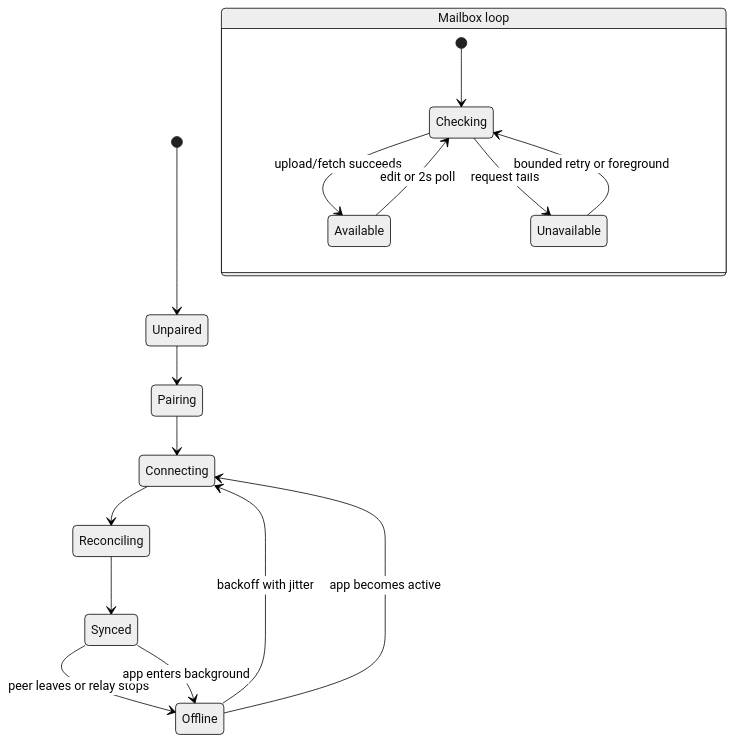
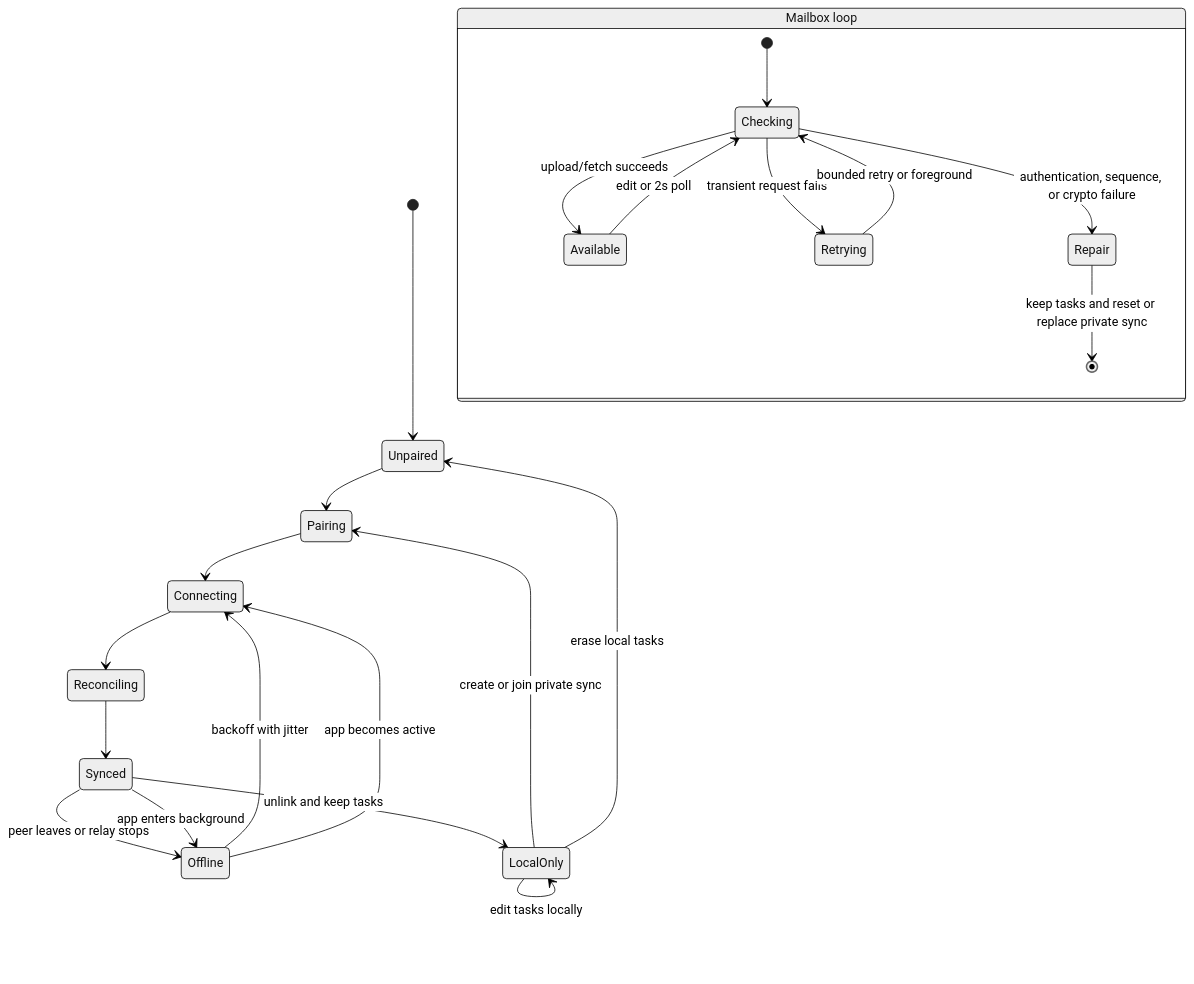
The fifth of 5 diagrams in docs/ARCHITECTURE.md (exddc/GotSync), drawn with Mermaid (neutral theme) before and after one commit. The commit also changed other lines of this file and 52 other files, not shown here.

````diff
--- a/docs/ARCHITECTURE.md
+++ b/docs/ARCHITECTURE.md
@@ -170,19 +246,25 @@
 ```mermaid
 stateDiagram-v2
     [*] --> Unpaired
     Unpaired --> Pairing
     Pairing --> Connecting
     Connecting --> Reconciling
     Reconciling --> Synced
     Synced --> Offline: peer leaves or relay stops
     Offline --> Connecting: backoff with jitter
     Synced --> Offline: app enters background
     Offline --> Connecting: app becomes active
+    Synced --> LocalOnly: unlink and keep tasks
+    LocalOnly --> LocalOnly: edit tasks locally
+    LocalOnly --> Pairing: create or join private sync
+    LocalOnly --> Unpaired: erase local tasks
     state "Mailbox loop" as Mailbox {
         [*] --> Checking
         Checking --> Available: upload/fetch succeeds
         Available --> Checking: edit or 2s poll
-        Checking --> Unavailable: request fails
-        Unavailable --> Checking: bounded retry or foreground
+        Checking --> Retrying: transient request fails
+        Retrying --> Checking: bounded retry or foreground
+        Checking --> Repair: authentication, sequence, or crypto failure
+        Repair --> [*]: keep tasks and reset or replace private sync
     }
 ```
````
